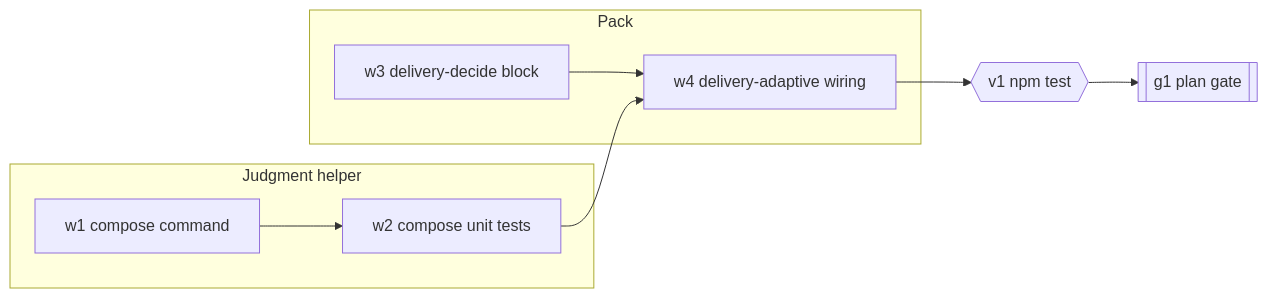
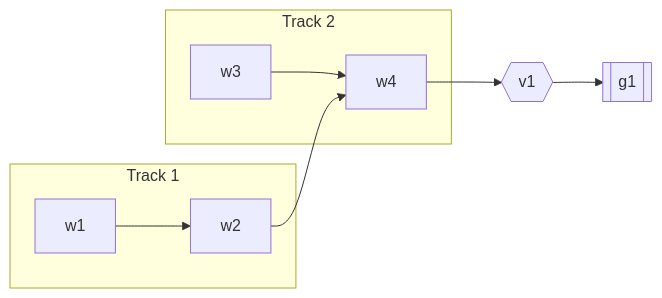
The second of 3 diagrams in skills/delivery/create-tdd/references/tdd_template.md (MarkTripoli/skills), drawn with Mermaid before and after one commit. The commit also changed other lines of this file and 18 other files, not shown here.

First line of the commit message:
fix(delivery-adaptive): validate gates against the pack that runs

````diff
--- a/skills/delivery/create-tdd/references/tdd_template.md
+++ b/skills/delivery/create-tdd/references/tdd_template.md
@@ -69,12 +69,12 @@
 ```mermaid
 flowchart LR
-  subgraph helper[Judgment helper]
-    w1["w1 compose command"] --> w2["w2 compose unit tests"]
+  subgraph track1[Track 1]
+    w1["w1 <first work item>"] --> w2["w2 <second work item>"]
   end
-  subgraph pack[Pack]
-    w3["w3 delivery-decide block"] --> w4["w4 delivery-adaptive wiring"]
+  subgraph track2[Track 2]
+    w3["w3 <third work item>"] --> w4["w4 <fourth work item>"]
   end
   w2 --> w4
-  w4 --> v1{{"v1 npm test"}}
-  v1 --> g1[["g1 plan gate"]]
+  w4 --> v1{{"v1 <verification step>"}}
+  v1 --> g1[["g1 <human gate>"]]
 ```
````
